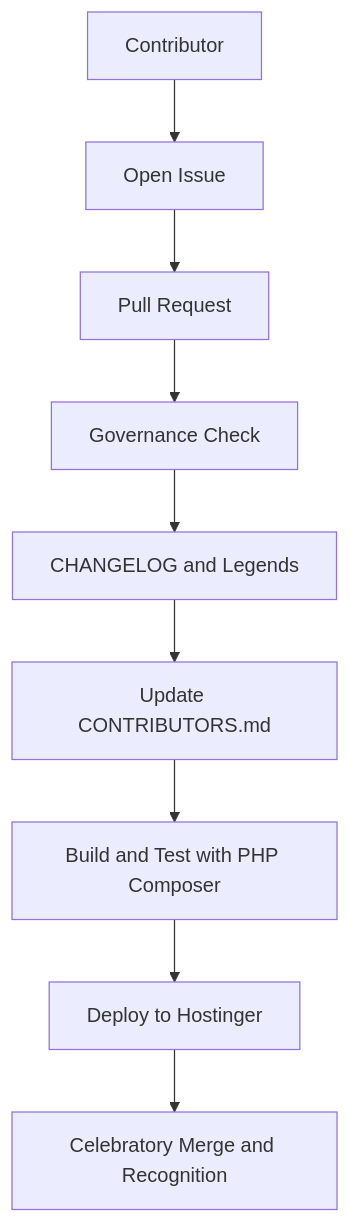
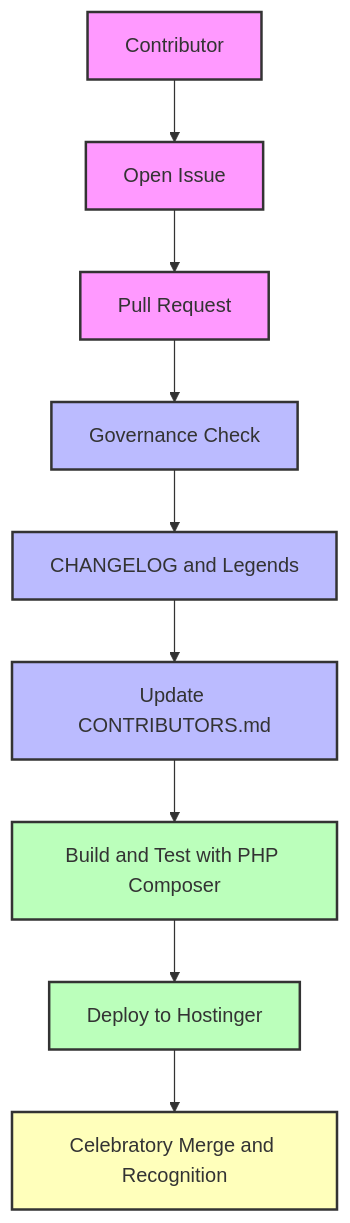
Before and after one commit to MAG-COC/MAG-COC: the first of 3 diagrams in README.md, drawn with Mermaid. The commit also changed other lines of this file, not shown here.

````diff
--- a/README.md
+++ b/README.md
@@ -31,11 +57,23 @@
 ```mermaid
 flowchart TD
     A[Contributor] --> B[Open Issue]
     B --> C[Pull Request]
     C --> D[Governance Check]
     D --> E[CHANGELOG and Legends]
     E --> F[Update CONTRIBUTORS.md]
     F --> G[Build and Test with PHP Composer]
     G --> H[Deploy to Hostinger]
     H --> I[Celebratory Merge and Recognition]
+
+    %% Assign classes
+    class A,B,C contributor
+    class D,E,F governance
+    class G,H technical
+    class I celebratory
+
+    %% Define styles
+    classDef contributor fill:#f9f,stroke:#333,stroke-width:2px;
+    classDef governance fill:#bbf,stroke:#333,stroke-width:2px;
+    classDef technical fill:#bfb,stroke:#333,stroke-width:2px;
+    classDef celebratory fill:#ffb,stroke:#333,stroke-width:2px;
 ```
````
